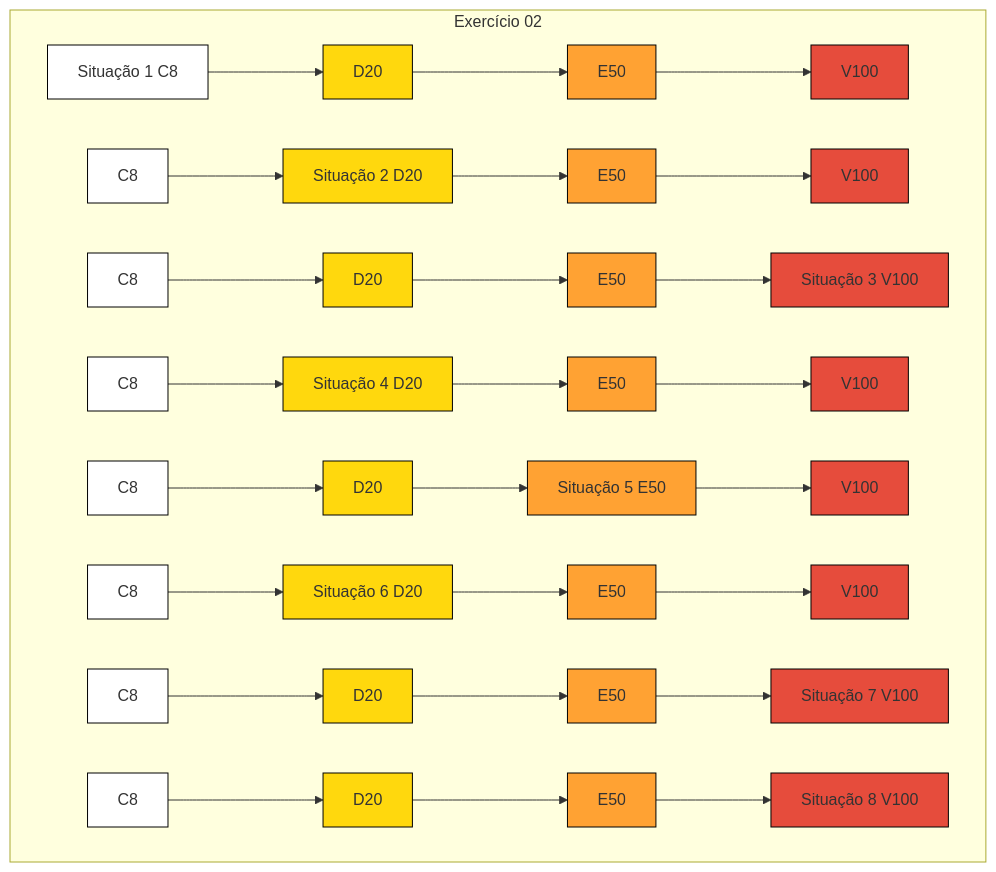
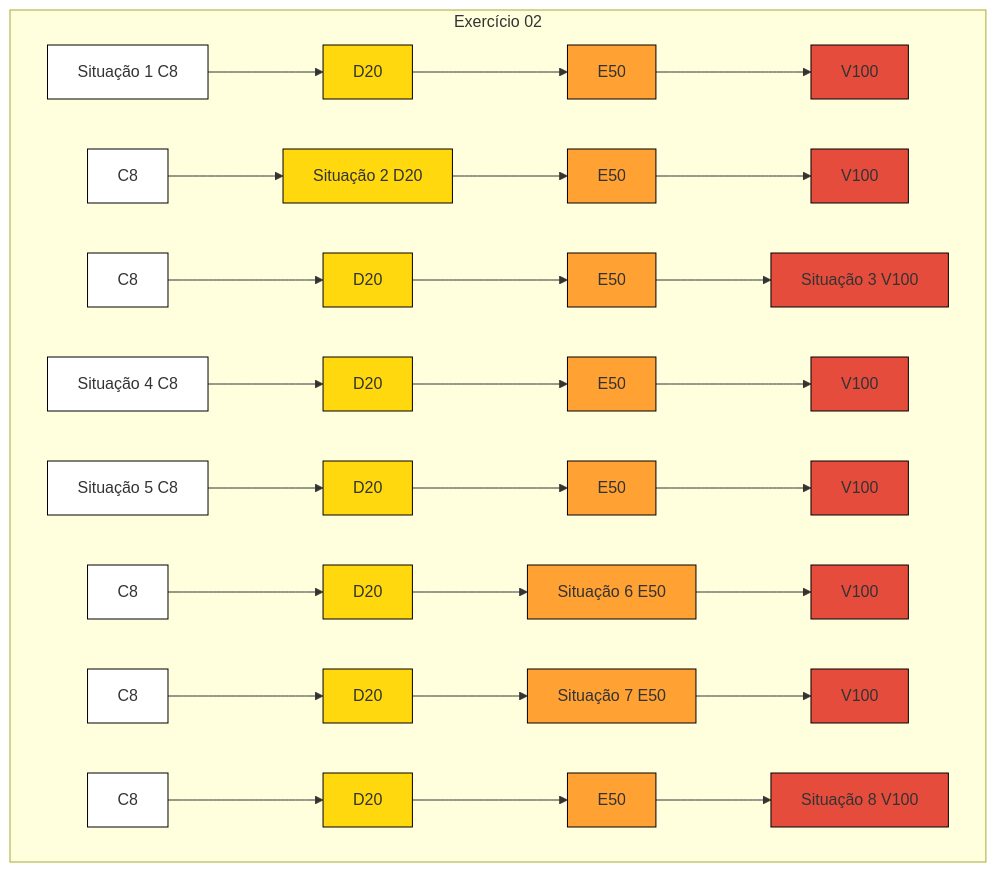
The second of 2 diagrams in README.md (AnandaMazine/Metodo-Agil-Crystal), drawn with Mermaid before and after one commit.

````diff
--- a/README.md
+++ b/README.md
@@ -26,20 +26,20 @@
 ```mermaid
 graph TD
   subgraph Exercício 02
     A1["Situação 1 C8"]:::branco --> A2["D20"]:::amarelo --> A3["E50"]:::laranja --> A4["V100"]:::vermelho
     B1["C8"]:::branco --> B2["Situação 2 D20"]:::amarelo --> B3["E50"]:::laranja --> B4["V100"]:::vermelho
     C1["C8"]:::branco --> C2["D20"]:::amarelo --> C3["E50"]:::laranja --> C4["Situação 3 V100"]:::vermelho
-    D1["C8"]:::branco --> D2["Situação 4 D20"]:::amarelo --> D3["E50"]:::laranja --> D4["V100"]:::vermelho
-    E1["C8"]:::branco --> E2["D20"]:::amarelo --> E3["Situação 5 E50"]:::laranja --> E4["V100"]:::vermelho
-    F1["C8"]:::branco --> F2["Situação 6 D20"]:::amarelo --> F3["E50"]:::laranja --> F4["V100"]:::vermelho
-    G1["C8"]:::branco --> G2["D20"]:::amarelo --> G3["E50"]:::laranja --> G4["Situação 7 V100"]:::vermelho
+    D1["Situação 4 C8"]:::branco --> D2["D20"]:::amarelo --> D3["E50"]:::laranja --> D4["V100"]:::vermelho
+    E1["Situação 5 C8"]:::branco --> E2["D20"]:::amarelo --> E3["E50"]:::laranja --> E4["V100"]:::vermelho
+    F1["C8"]:::branco --> F2["D20"]:::amarelo --> F3["Situação 6 E50"]:::laranja --> F4["V100"]:::vermelho
+    G1["C8"]:::branco --> G2["D20"]:::amarelo --> G3["Situação 7 E50"]:::laranja --> G4["V100"]:::vermelho
     H1["C8"]:::branco --> H2["D20"]:::amarelo --> H3["E50"]:::laranja --> H4["Situação 8 V100"]:::vermelho
   end
 
   %% Definições de estilo
   classDef branco fill:#ffffff,stroke:#000,stroke-width:1px;
   classDef amarelo fill:#FFD80D,stroke:#000,stroke-width:1px;
   classDef laranja fill:#FFA233,stroke:#000,stroke-width:1px;
   classDef vermelho fill:#E64C3C,stroke:#000,stroke-width:1px;
 
 ```
````
